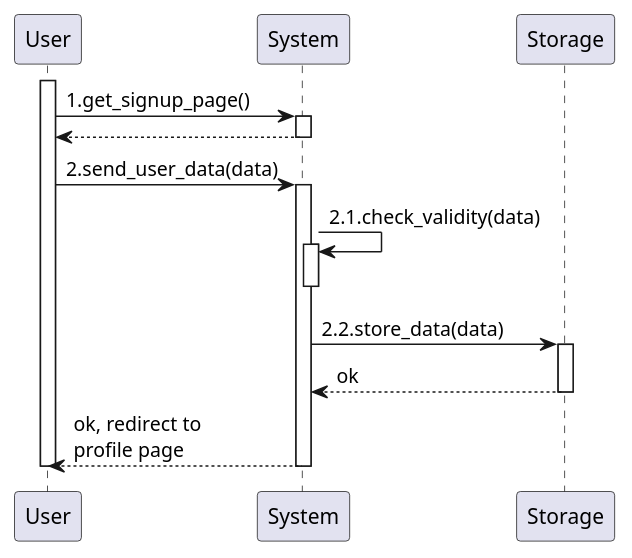
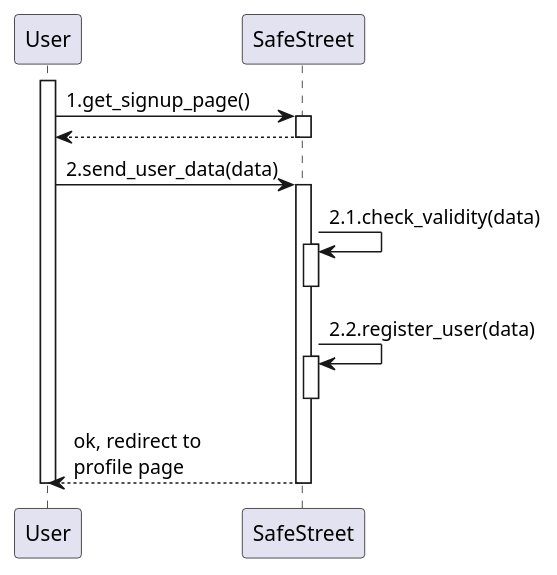
Before and after one commit to GiorgioUghini/SafeStreets: the first of 3 diagrams in RASD/materials/uml/useCases/signUp&login.wsd, drawn with PlantUML. The commit also changed other lines of this file and 19 other files, not shown here.

Commit message:
Remove storage in sequence diagrams in RASD

```diff
--- a/RASD/materials/uml/useCases/signUp&login.wsd
+++ b/RASD/materials/uml/useCases/signUp&login.wsd
@@ -1,18 +1,17 @@
 @startuml sign_up
     autoactivate on
 
     participant User as U
-    participant System as S
-    participant Storage as ST
+    participant SafeStreet as S
 
     activate U
     U -> S: 1.get_signup_page()
     return
     U -> S: 2.send_user_data(data)
     S -> S: 2.1.check_validity(data)
     deactivate S
-    S -> ST: 2.2.store_data(data)
-    return ok
+    S -> S: 2.2.register_user(data)
+    deactivate S
     return ok, redirect to\nprofile page
     deactivate U
 @enduml
```
